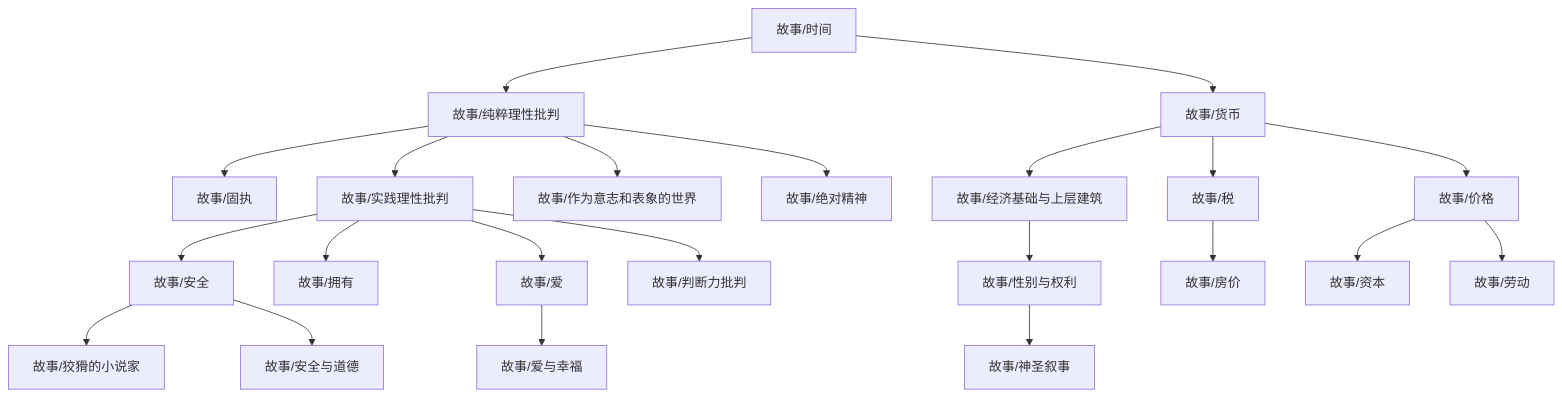
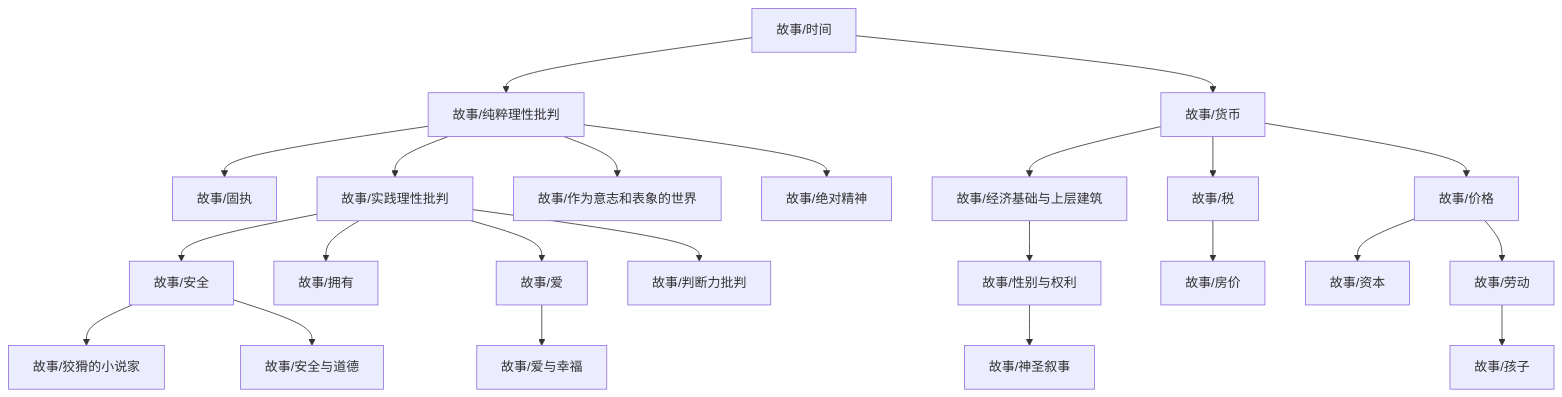
Before and after one commit to zeroDtree/zeroDtree.github.io: the diagram in content/故事/dependency_graph.md, drawn with Mermaid. The commit also changed 3 other files, not shown here.

````diff
--- a/content/故事/dependency_graph.md
+++ b/content/故事/dependency_graph.md
@@ -1,24 +1,25 @@
 ```mermaid
 graph TD
 1["故事/纯粹理性批判"] --> 0["故事/固执"]
 3["故事/经济基础与上层建筑"] --> 2["故事/性别与权利"]
 5["故事/价格"] --> 4["故事/资本"]
 7["故事/安全"] --> 6["故事/狡猾的小说家"]
 1["故事/纯粹理性批判"] --> 8["故事/实践理性批判"]
 9["故事/时间"] --> 1["故事/纯粹理性批判"]
 8["故事/实践理性批判"] --> 7["故事/安全"]
 10["故事/货币"] --> 3["故事/经济基础与上层建筑"]
 8["故事/实践理性批判"] --> 11["故事/拥有"]
 10["故事/货币"] --> 12["故事/税"]
 12["故事/税"] --> 13["故事/房价"]
 8["故事/实践理性批判"] --> 14["故事/爱"]
 10["故事/货币"] --> 5["故事/价格"]
 1["故事/纯粹理性批判"] --> 16["故事/作为意志和表象的世界"]
 1["故事/纯粹理性批判"] --> 17["故事/绝对精神"]
 7["故事/安全"] --> 18["故事/安全与道德"]
 2["故事/性别与权利"] --> 19["故事/神圣叙事"]
 14["故事/爱"] --> 20["故事/爱与幸福"]
 9["故事/时间"] --> 10["故事/货币"]
-5["故事/价格"] --> 21["故事/劳动"]
-8["故事/实践理性批判"] --> 22["故事/判断力批判"]
+22["故事/劳动"] --> 21["故事/孩子"]
+5["故事/价格"] --> 22["故事/劳动"]
+8["故事/实践理性批判"] --> 23["故事/判断力批判"]
 ```
````
